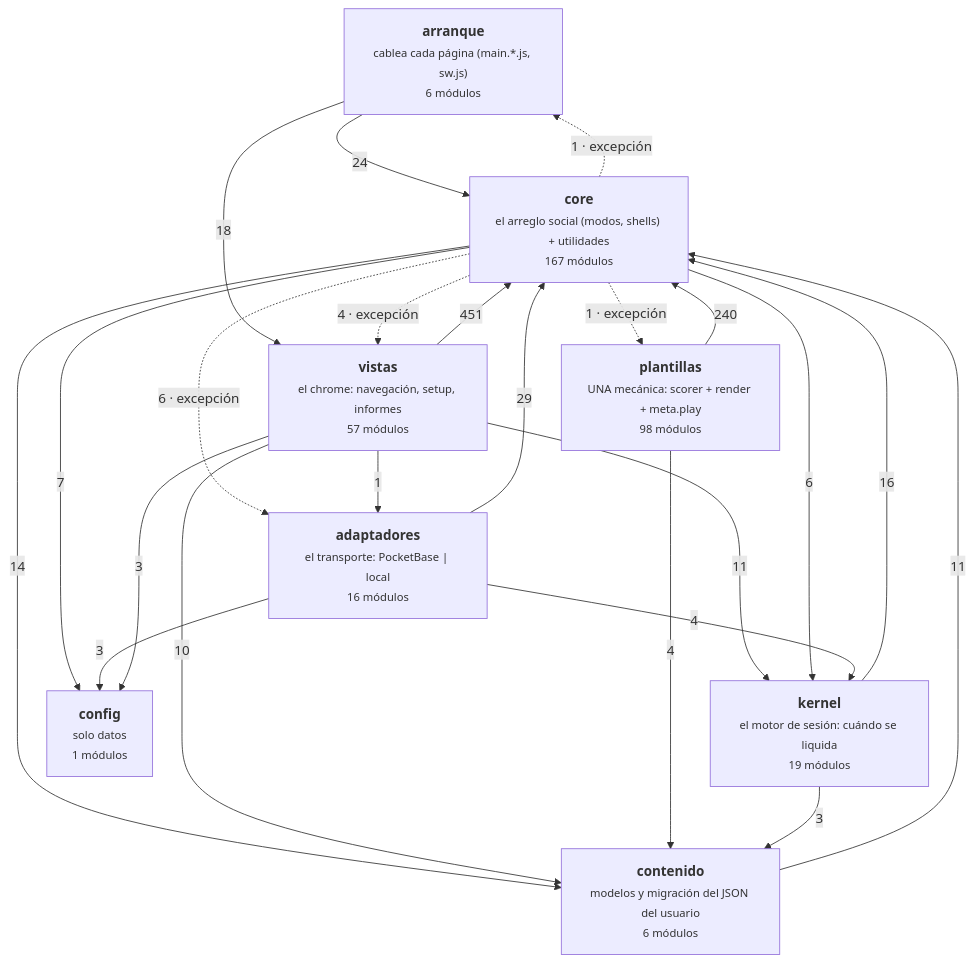
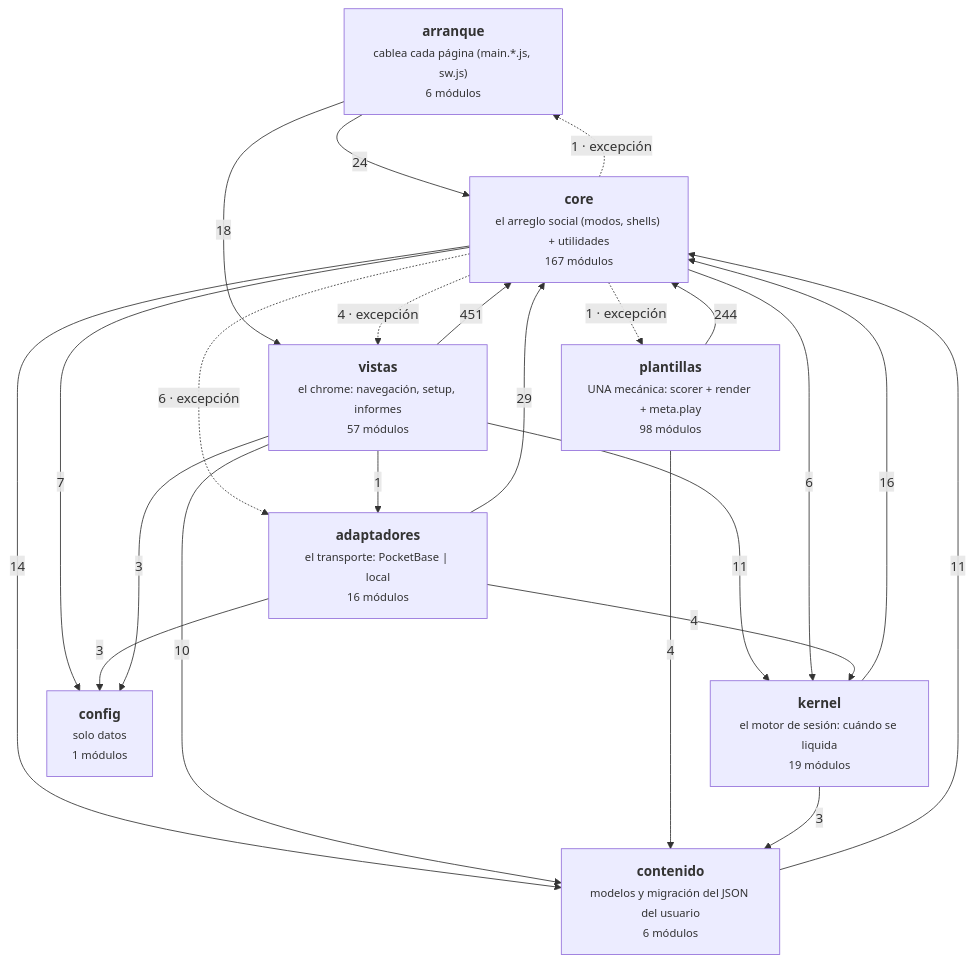
One commit to duecaz/ac changed the diagram in docs/arquitectura-modulos.md. Above: the diagram before and after it, drawn with Mermaid. The commit also changed other lines of this file and 12 other files, not shown here.

````diff
--- a/docs/arquitectura-modulos.md
+++ b/docs/arquitectura-modulos.md
@@ -56,33 +56,33 @@
 ```mermaid
 graph TD
   A["<b>arranque</b><br/><small>cablea cada página (main.*.js, sw.js)</small><br/><small>6 módulos</small>"]
   V["<b>vistas</b><br/><small>el chrome: navegación, setup, informes</small><br/><small>57 módulos</small>"]
   AD["<b>adaptadores</b><br/><small>el transporte: PocketBase | local</small><br/><small>16 módulos</small>"]
   C["<b>core</b><br/><small>el arreglo social (modos, shells) + utilidades</small><br/><small>167 módulos</small>"]
   K["<b>kernel</b><br/><small>el motor de sesión: cuándo se liquida</small><br/><small>19 módulos</small>"]
   T["<b>plantillas</b><br/><small>UNA mecánica: scorer + render + meta.play</small><br/><small>98 módulos</small>"]
   CO["<b>contenido</b><br/><small>modelos y migración del JSON del usuario</small><br/><small>6 módulos</small>"]
   CF["<b>config</b><br/><small>solo datos</small><br/><small>1 módulos</small>"]
   V -->|451| C
-  T -->|240| C
+  T -->|244| C
   AD -->|29| C
   A -->|24| C
   A -->|18| V
   K -->|16| C
   C -->|14| CO
   CO -->|11| C
   V -->|11| K
   V -->|10| CO
   C -->|7| CF
   C -->|6| K
   C -.->|6 · excepción| AD
   AD -->|4| K
   C -.->|4 · excepción| V
   T -->|4| CO
   AD -->|3| CF
   K -->|3| CO
   V -->|3| CF
   C -.->|1 · excepción| T
   C -.->|1 · excepción| A
   V -->|1| AD
 ```
````
